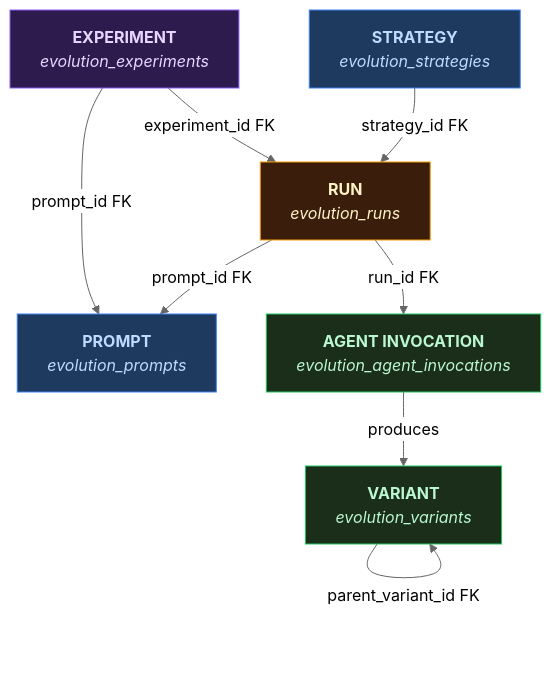
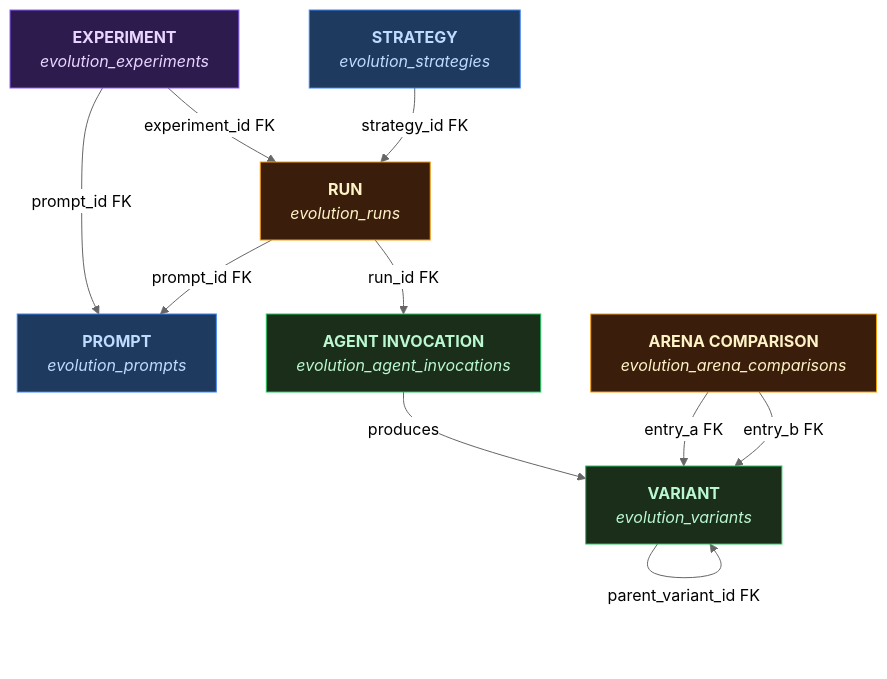
One commit to alcmdbackup/explainanythingbackup changed the diagram in evolution/docs/evolution/entity_diagram.md. Above: the diagram before and after it, drawn with Mermaid (neutral theme). The commit also changed other lines of this file and 92 other files, not shown here.

````diff
--- a/evolution/docs/evolution/entity_diagram.md
+++ b/evolution/docs/evolution/entity_diagram.md
@@ -7,30 +7,36 @@
 ```mermaid
 flowchart TD
     EXP["`**EXPERIMENT**
     _evolution_experiments_`"]
     PROMPT["`**PROMPT**
     _evolution_prompts_`"]
     STRATEGY["`**STRATEGY**
     _evolution_strategies_`"]
     RUN["`**RUN**
     _evolution_runs_`"]
     INV["`**AGENT INVOCATION**
     _evolution_agent_invocations_`"]
     VAR["`**VARIANT**
     _evolution_variants_`"]
 
     EXP -- "prompt_id FK" --> PROMPT
     EXP -- "experiment_id FK" --> RUN
     STRATEGY -- "strategy_id FK" --> RUN
     RUN -- "prompt_id FK" --> PROMPT
     RUN -- "run_id FK" --> INV
     INV -- "produces" --> VAR
     VAR -- "parent_variant_id FK" --> VAR
 
+    COMP["`**ARENA COMPARISON**
+    _evolution_arena_comparisons_`"]
+    COMP -- "entry_a FK" --> VAR
+    COMP -- "entry_b FK" --> VAR
+
+    style COMP fill:#3b1d0b,stroke:#f59e0b,color:#fef3c7
     style EXP fill:#2d1b4e,stroke:#8b5cf6,color:#e9d5ff
     style PROMPT fill:#1e3a5f,stroke:#3b82f6,color:#bfdbfe
     style STRATEGY fill:#1e3a5f,stroke:#3b82f6,color:#bfdbfe
     style RUN fill:#3b1d0b,stroke:#f59e0b,color:#fef3c7
     style INV fill:#1a2e1a,stroke:#22c55e,color:#bbf7d0
     style VAR fill:#1a2e1a,stroke:#22c55e,color:#bbf7d0
 ```
````
